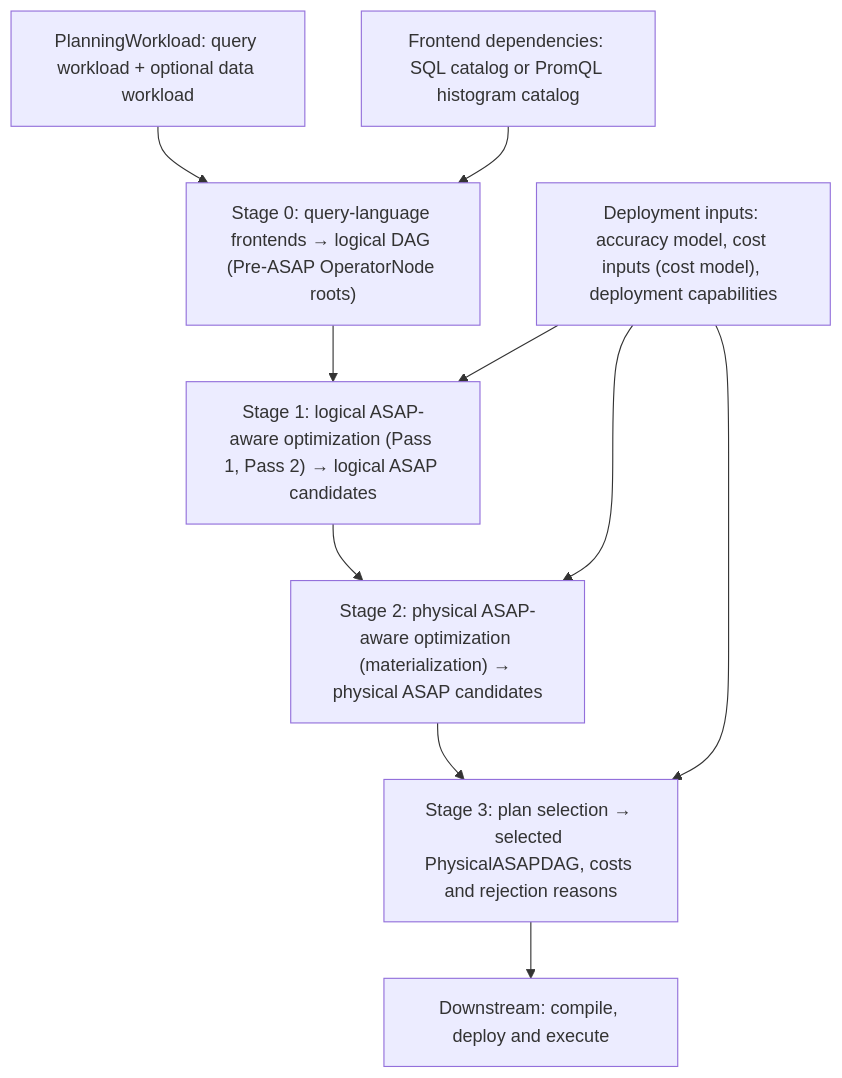
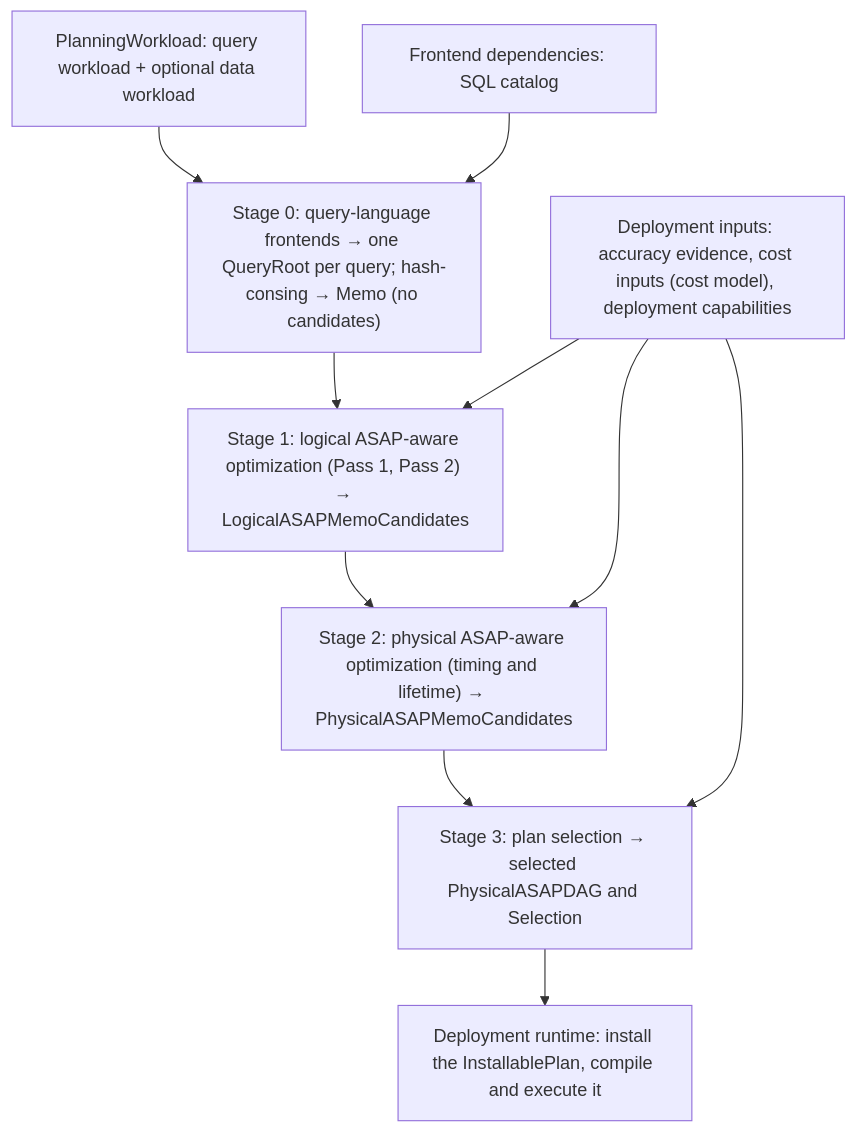
Before and after one commit to ProjectASAP/ASAPPlanner: the diagram in docs/design_docs/architecture/README.md, drawn with Mermaid. The commit also changed other lines of this file and 26 other files, not shown here.

First line of the commit message:
docs(architecture): the current type chain through the stages; Stage 0 is lowering and hash-consing; no downstream repo names (#1547)

````diff
--- a/docs/design_docs/architecture/README.md
+++ b/docs/design_docs/architecture/README.md
@@ -15,17 +15,17 @@
 ```mermaid
 flowchart TD
     W["PlanningWorkload: query workload + optional data workload"]
-    F["Frontend dependencies: SQL catalog or PromQL histogram catalog"]
-    D["Deployment inputs: accuracy model, cost inputs (cost model), deployment capabilities"]
-    PRE["Stage 0: query-language frontends → logical DAG (Pre-ASAP OperatorNode roots)"]
-    S1["Stage 1: logical ASAP-aware optimization (Pass 1, Pass 2) → logical ASAP candidates"]
-    S2["Stage 2: physical ASAP-aware optimization (materialization) → physical ASAP candidates"]
-    S3["Stage 3: plan selection → selected PhysicalASAPDAG, costs and rejection reasons"]
-    BACKEND["Downstream: compile, deploy and execute"]
+    F["Frontend dependencies: SQL catalog"]
+    D["Deployment inputs: accuracy evidence, cost inputs (cost model), deployment capabilities"]
+    PRE["Stage 0: query-language frontends → one QueryRoot per query; hash-consing → Memo (no candidates)"]
+    S1["Stage 1: logical ASAP-aware optimization (Pass 1, Pass 2) → LogicalASAPMemoCandidates"]
+    S2["Stage 2: physical ASAP-aware optimization (timing and lifetime) → PhysicalASAPMemoCandidates"]
+    S3["Stage 3: plan selection → selected PhysicalASAPDAG and Selection"]
+    RUNTIME["Deployment runtime: install the InstallablePlan, compile and execute it"]
     W --> PRE
     F --> PRE
-    PRE --> S1 --> S2 --> S3 --> BACKEND
+    PRE --> S1 --> S2 --> S3 --> RUNTIME
     D --> S1
     D --> S2
     D --> S3
 ```
````
